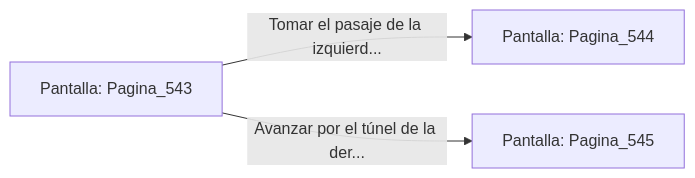
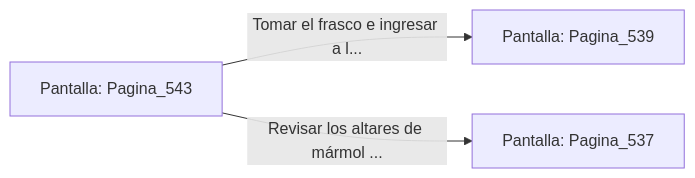
One commit to metsuke/mpl changed the diagram in sample/eligejuego-vault/Pantalla_Pagina_543.md. Above: the diagram before and after it, drawn with Mermaid. The commit also changed other lines of this file and 635 other files, not shown here.

First line of the commit message:
fix: añadir Pagina_1 como pantalla inicial en capitulo_01.mpl

````diff
--- a/sample/eligejuego-vault/Pantalla_Pagina_543.md
+++ b/sample/eligejuego-vault/Pantalla_Pagina_543.md
@@ -20,6 +24,6 @@
 ```mermaid
 graph LR
     P_Pagina_543["Pantalla: Pagina_543"]
-    P_Pagina_543 -->|"Tomar el pasaje de la izquierd..."| P_Pagina_544["Pantalla: Pagina_544"]
-    P_Pagina_543 -->|"Avanzar por el túnel de la der..."| P_Pagina_545["Pantalla: Pagina_545"]
+    P_Pagina_543 -->|"Tomar el frasco e ingresar a l..."| P_Pagina_539["Pantalla: Pagina_539"]
+    P_Pagina_543 -->|"Revisar los altares de mármol ..."| P_Pagina_537["Pantalla: Pagina_537"]
 ```
````
